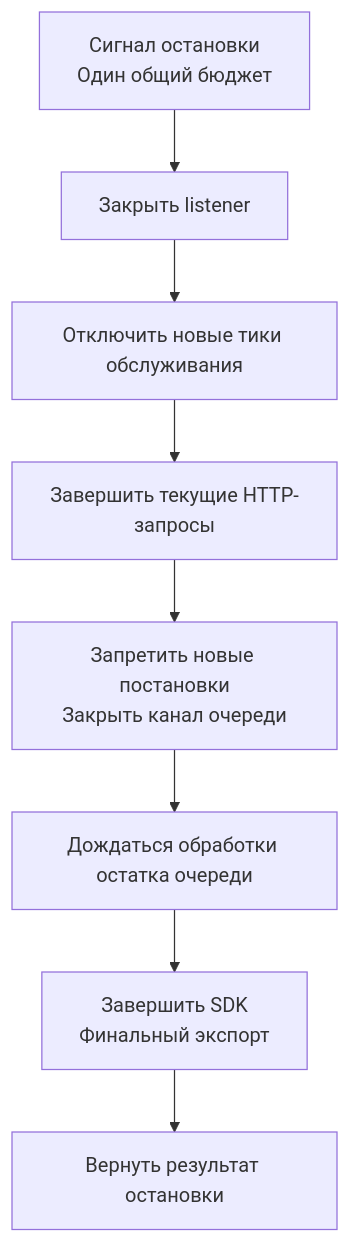
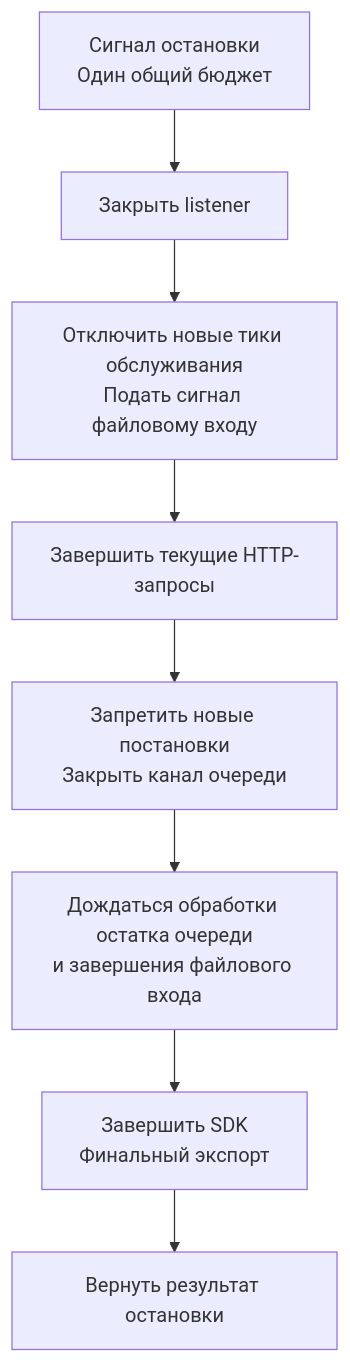
One commit to vendelev/sre-metrics changed the fourth of 4 diagrams in docs/async-ingest.md. Above: the diagram before and after it, drawn with Mermaid. The commit also changed other lines of this file and 40 other files, not shown here.

````diff
--- a/docs/async-ingest.md
+++ b/docs/async-ingest.md
@@ -222,11 +229,11 @@
 ```mermaid
 flowchart TD
     Stop["Сигнал остановки<br/>Один общий бюджет"]
     Stop --> Listener["Закрыть listener"]
-    Listener --> Maintenance["Отключить новые тики обслуживания"]
+    Listener --> Maintenance["Отключить новые тики обслуживания<br/>Подать сигнал файловому входу"]
     Maintenance --> HTTP["Завершить текущие HTTP-запросы"]
     HTTP --> Seal["Запретить новые постановки<br/>Закрыть канал очереди"]
-    Seal --> Drain["Дождаться обработки остатка очереди"]
+    Seal --> Drain["Дождаться обработки остатка очереди<br/>и завершения файлового входа"]
     Drain --> SDK["Завершить SDK<br/>Финальный экспорт"]
     SDK --> End["Вернуть результат остановки"]
 ```
````
